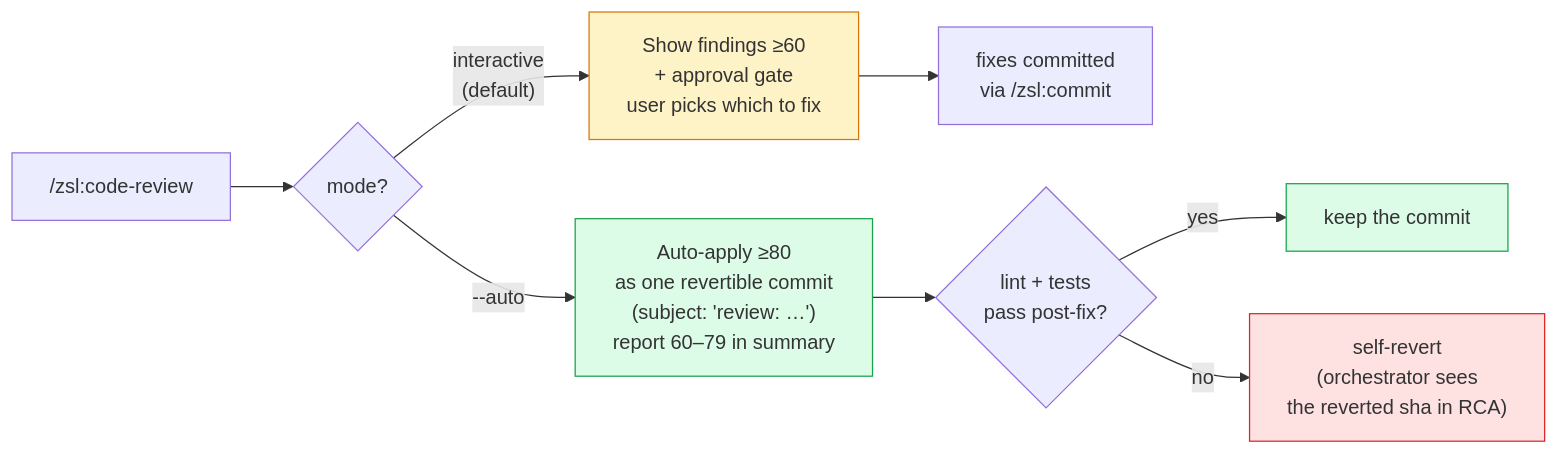
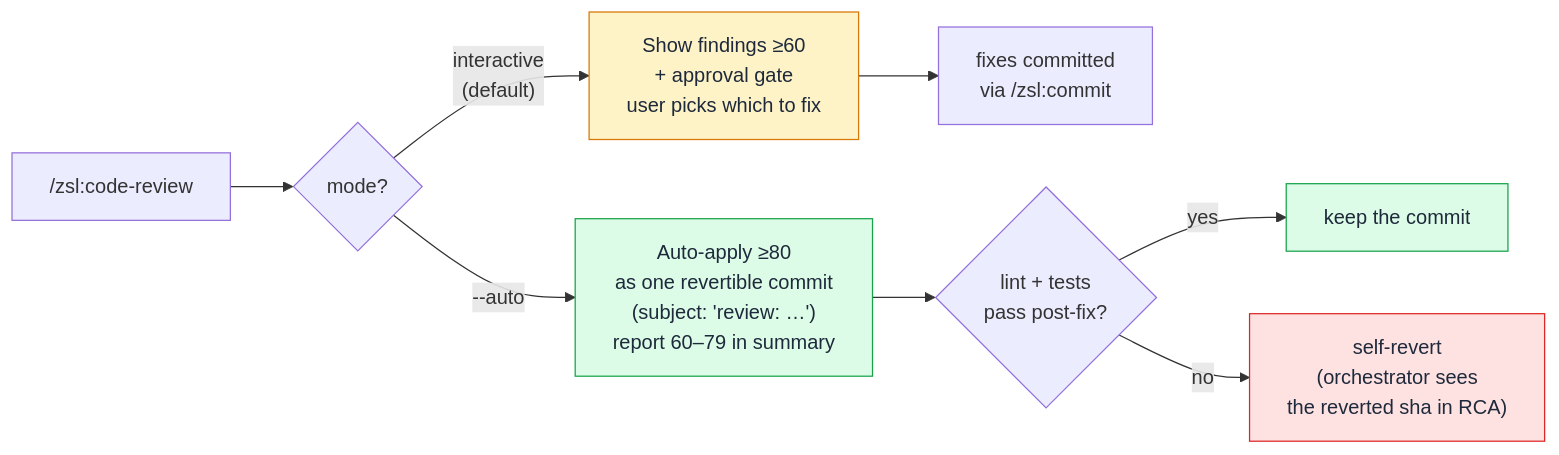
One commit to ZunoSmartLabs/zsl-superpowers changed the second of 3 diagrams in docs/code-review.md. Above: the diagram before and after it, drawn with Mermaid. The commit also changed other lines of this file and 8 other files, not shown here.

First line of the commit message:
docs(remote-agents): add scheduling rationale + fix dark-mode diagram text

````diff
--- a/docs/code-review.md
+++ b/docs/code-review.md
@@ -112,14 +112,14 @@
 ```mermaid
 flowchart LR
     invoke["/zsl:code-review"] --> mode{"mode?"}
     mode -->|"interactive<br/>(default)"| inter["Show findings ≥60<br/>+ approval gate<br/>user picks which to fix"]:::ok
     mode -->|"--auto"| auto["Auto-apply ≥80<br/>as one revertible commit<br/>(subject: 'review: …')<br/>report 60–79 in summary"]:::good
     inter --> commit_inter["fixes committed<br/>via /zsl:commit"]
     auto --> ltest{"lint + tests<br/>pass post-fix?"}
     ltest -->|"yes"| keep["keep the commit"]:::good
     ltest -->|"no"| revert["self-revert<br/>(orchestrator sees<br/>the reverted sha in RCA)"]:::bad
 
-    classDef good fill:#dcfce7,stroke:#16a34a;
-    classDef ok fill:#fef3c7,stroke:#d97706;
-    classDef bad fill:#fee2e2,stroke:#dc2626;
+    classDef good fill:#dcfce7,stroke:#16a34a,color:#1e293b;
+    classDef ok fill:#fef3c7,stroke:#d97706,color:#1e293b;
+    classDef bad fill:#fee2e2,stroke:#dc2626,color:#1e293b;
 ```
````
